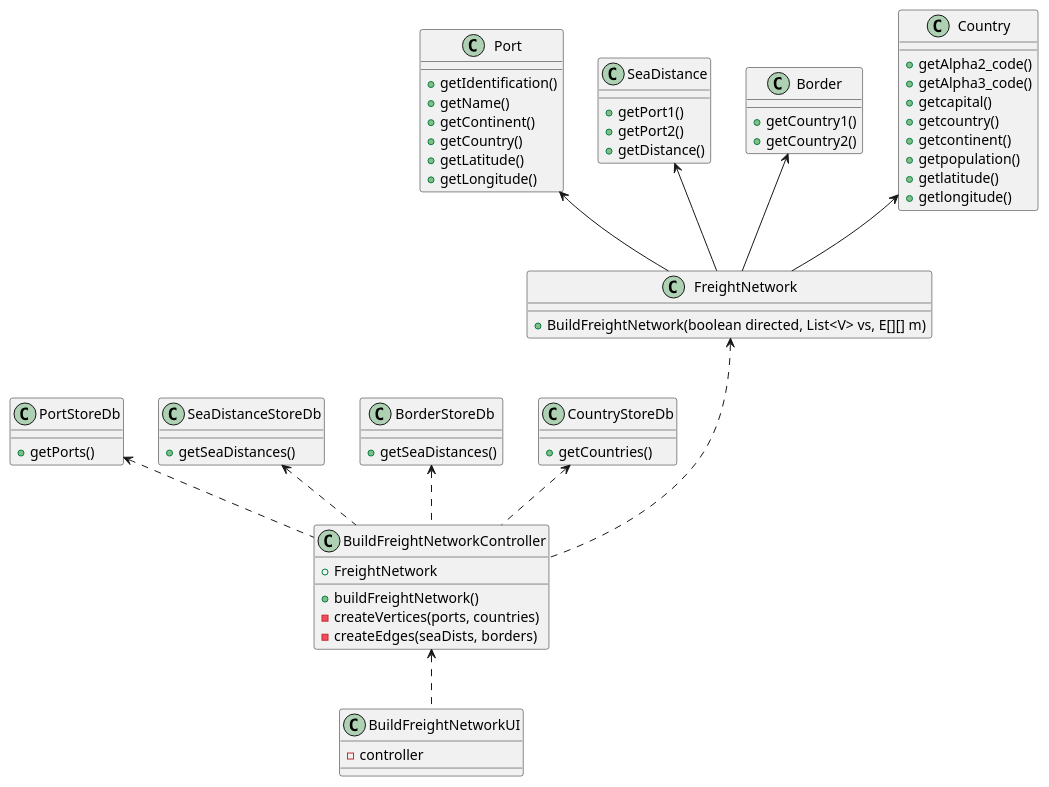
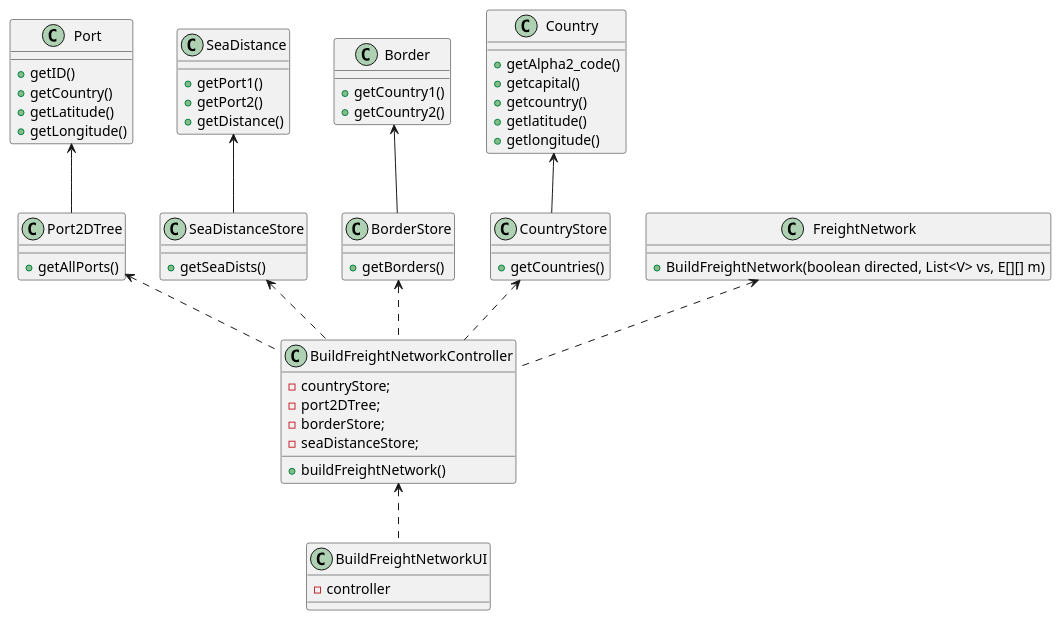
One commit to 1190772/LAB-Project-3 changed the diagram in docs/Sprint 3/US/US301/US301_CD.puml. Above: the diagram before and after it, drawn with PlantUML. The commit also changed 11 other files, not shown here.

```diff
--- a/docs/Sprint 3/US/US301/US301_CD.puml
+++ b/docs/Sprint 3/US/US301/US301_CD.puml
@@ -1,77 +1,73 @@
 @startuml
 'https://plantuml.com/class-diagram
 
 class BuildFreightNetworkUI {
 - controller
 }
 
 class BuildFreightNetworkController {
-+ FreightNetwork
+- countryStore;
+- port2DTree;
+- borderStore;
+- seaDistanceStore;
 + buildFreightNetwork()
-- createVertices(ports, countries)
-- createEdges(seaDists, borders)
 }
 
 class Port {
-+ getIdentification()
-+ getName()
-+ getContinent()
++ getID()
 + getCountry()
 + getLatitude()
 + getLongitude()
 }
 
-class PortStoreDb {
-+ getPorts()
+class Port2DTree {
++ getAllPorts()
 }
 
 class SeaDistance {
 + getPort1()
 + getPort2()
 + getDistance()
 }
 
-class SeaDistanceStoreDb {
-+ getSeaDistances()
+class SeaDistanceStore {
++ getSeaDists()
 }
 
 class Border {
 + getCountry1()
 + getCountry2()
 }
 
-class BorderStoreDb {
-+ getSeaDistances()
+class BorderStore {
++ getBorders()
 }
 
 class Country {
 + getAlpha2_code()
-+ getAlpha3_code()
 + getcapital()
 + getcountry()
-+ getcontinent()
-+ getpopulation()
 + getlatitude()
 + getlongitude()
 }
 
-class CountryStoreDb {
+class CountryStore {
 + getCountries()
 }
 
 class FreightNetwork {
 + BuildFreightNetwork(boolean directed, List<V> vs, E[][] m)
 }
 
 BuildFreightNetworkController <.. BuildFreightNetworkUI
-FreightNetwork <... BuildFreightNetworkController
-PortStoreDb <.. BuildFreightNetworkController
-SeaDistanceStoreDb <.. BuildFreightNetworkController
-BorderStoreDb <.. BuildFreightNetworkController
-CountryStoreDb <.. BuildFreightNetworkController
-Port <-- FreightNetwork
-SeaDistance <-- FreightNetwork
-Border <-- FreightNetwork
-Country <-- FreightNetwork
+FreightNetwork <.. BuildFreightNetworkController
+Port2DTree <.. BuildFreightNetworkController
+SeaDistanceStore <.. BuildFreightNetworkController
+BorderStore <.. BuildFreightNetworkController
+CountryStore <.. BuildFreightNetworkController
+Port <-- Port2DTree
+SeaDistance <-- SeaDistanceStore
+Border <-- BorderStore
+Country <-- CountryStore
 
 @enduml
```
